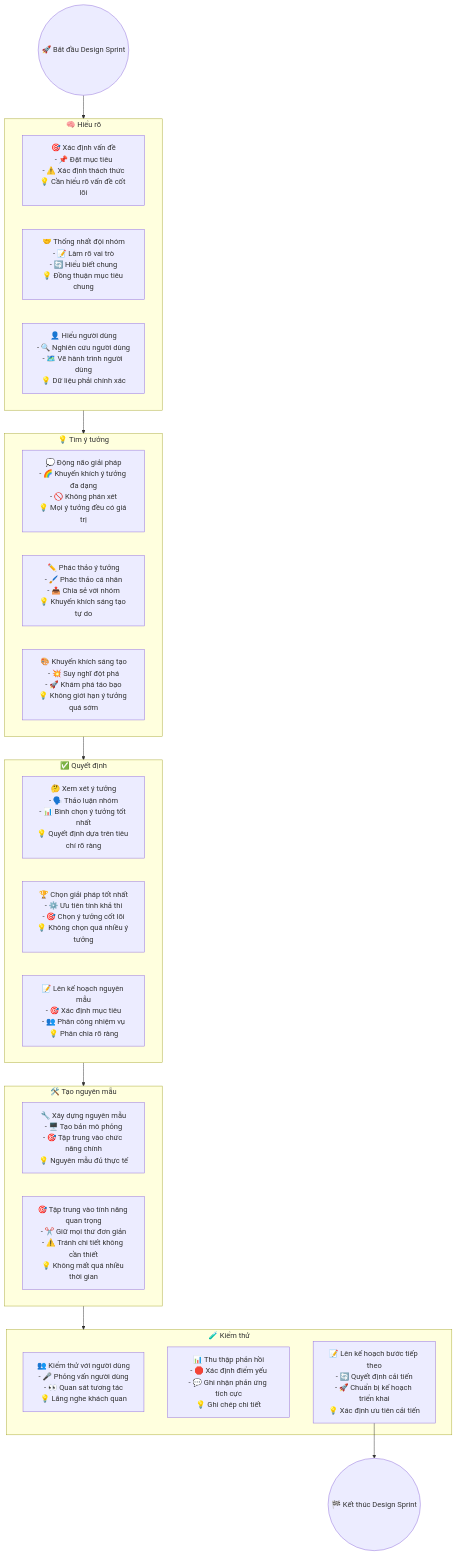
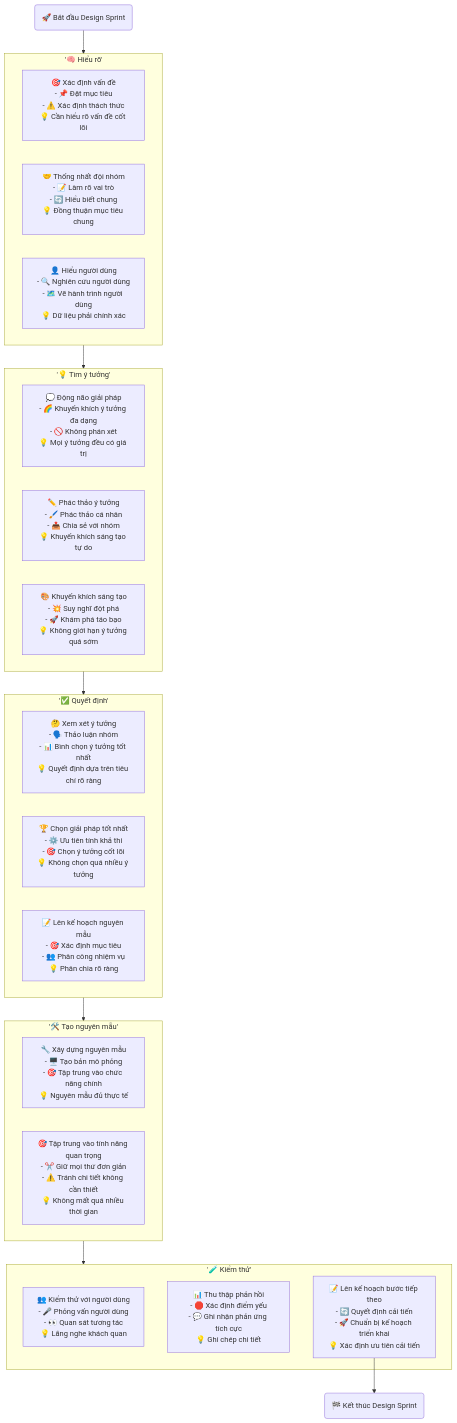
The diagram in docs/designsprintkit/01-map.mmd (qtvhao/quickcurl), drawn with Mermaid before and after one commit. The commit also changed 22 other files, not shown here.

Commit message:
Enhance problem framing documentation with improved examples and add root cause analysis flowcharts

```diff
--- a/docs/designsprintkit/01-map.mmd
+++ b/docs/designsprintkit/01-map.mmd
@@ -1,43 +1,43 @@
 flowchart TD
 
     %% Giai đoạn 1: Hiểu rõ
-    subgraph A1["🧠 Hiểu rõ"]
+    subgraph A1['🧠 Hiểu rõ']
         B1[🎯 Xác định vấn đề<br>- 📌 Đặt mục tiêu<br>- ⚠️ Xác định thách thức<br>💡 Cần hiểu rõ vấn đề cốt lõi]
         B2[🤝 Thống nhất đội nhóm<br>- 📝 Làm rõ vai trò<br>- 🔄 Hiểu biết chung<br>💡 Đồng thuận mục tiêu chung]
         B3[👤 Hiểu người dùng<br>- 🔍 Nghiên cứu người dùng<br>- 🗺️ Vẽ hành trình người dùng<br>💡 Dữ liệu phải chính xác]
     end
-    A((🚀 Bắt đầu Design Sprint)) --> A1
+    A(🚀 Bắt đầu Design Sprint) --> A1
 
     %% Giai đoạn 2: Tìm ý tưởng
-    subgraph A2["💡 Tìm ý tưởng"]
+    subgraph A2['💡 Tìm ý tưởng']
         C1[💭 Động não giải pháp<br>- 🌈 Khuyến khích ý tưởng đa dạng<br>- 🚫 Không phán xét<br>💡 Mọi ý tưởng đều có giá trị]
         C2[✏️ Phác thảo ý tưởng<br>- 🖌️ Phác thảo cá nhân<br>- 📤 Chia sẻ với nhóm<br>💡 Khuyến khích sáng tạo tự do]
         C3[🎨 Khuyến khích sáng tạo<br>- 💥 Suy nghĩ đột phá<br>- 🚀 Khám phá táo bạo<br>💡 Không giới hạn ý tưởng quá sớm]
     end
     A1 --> A2
 
     %% Giai đoạn 3: Quyết định
-    subgraph A3["✅ Quyết định"]
+    subgraph A3['✅ Quyết định']
         D1[🤔 Xem xét ý tưởng<br>- 🗣️ Thảo luận nhóm<br>- 📊 Bình chọn ý tưởng tốt nhất<br>💡 Quyết định dựa trên tiêu chí rõ ràng]
         D2[🏆 Chọn giải pháp tốt nhất<br>- ⚙️ Ưu tiên tính khả thi<br>- 🎯 Chọn ý tưởng cốt lõi<br>💡 Không chọn quá nhiều ý tưởng]
         D3[📝 Lên kế hoạch nguyên mẫu<br>- 🎯 Xác định mục tiêu<br>- 👥 Phân công nhiệm vụ<br>💡 Phân chia rõ ràng]
     end
     A2 --> A3
 
     %% Giai đoạn 4: Tạo nguyên mẫu
-    subgraph A4["🛠️ Tạo nguyên mẫu"]
+    subgraph A4['🛠️ Tạo nguyên mẫu']
         E1[🔧 Xây dựng nguyên mẫu<br>- 🖥️ Tạo bản mô phỏng<br>- 🎯 Tập trung vào chức năng chính<br>💡 Nguyên mẫu đủ thực tế]
         E2[🎯 Tập trung vào tính năng quan trọng<br>- ✂️ Giữ mọi thứ đơn giản<br>- ⚠️ Tránh chi tiết không cần thiết<br>💡 Không mất quá nhiều thời gian]
     end
     A3 --> A4
 
     %% Giai đoạn 5: Kiểm thử
-    subgraph A5["🧪 Kiểm thử"]
+    subgraph A5['🧪 Kiểm thử']
         F1[👥 Kiểm thử với người dùng<br>- 🎤 Phỏng vấn người dùng<br>- 👀 Quan sát tương tác<br>💡 Lắng nghe khách quan]
         F2[📊 Thu thập phản hồi<br>- 🛑 Xác định điểm yếu<br>- 💬 Ghi nhận phản ứng tích cực<br>💡 Ghi chép chi tiết]
         F3[📝 Lên kế hoạch bước tiếp theo<br>- 🔄 Quyết định cải tiến<br>- 🚀 Chuẩn bị kế hoạch triển khai<br>💡 Xác định ưu tiên cải tiến]
     end
     A4 --> A5
 
     %% Kết thúc
-    F3 --> Z((🏁 Kết thúc Design Sprint))
+    F3 --> Z(🏁 Kết thúc Design Sprint)
```
